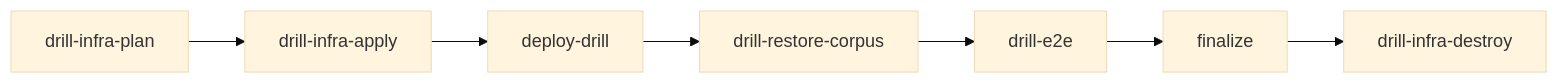
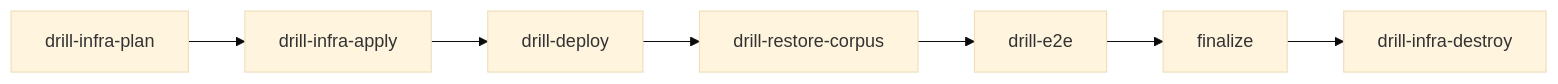
Before and after one commit to chipi/podcast_scraper: the sixth of 6 diagrams in docs/architecture/HOSTING_AND_INFRASTRUCTURE.md, drawn with Mermaid (base theme). The commit also changed other lines of this file and 20 other files, not shown here.

````diff
--- a/docs/architecture/HOSTING_AND_INFRASTRUCTURE.md
+++ b/docs/architecture/HOSTING_AND_INFRASTRUCTURE.md
@@ -303,9 +303,9 @@
 ```mermaid
 flowchart LR
   P[drill-infra-plan] --> A[drill-infra-apply]
-  A --> D[deploy-drill]
+  A --> D[drill-deploy]
   D --> R[drill-restore-corpus]
   R --> E[drill-e2e]
   E --> F[finalize]
   F --> X[drill-infra-destroy]
 ```
````
